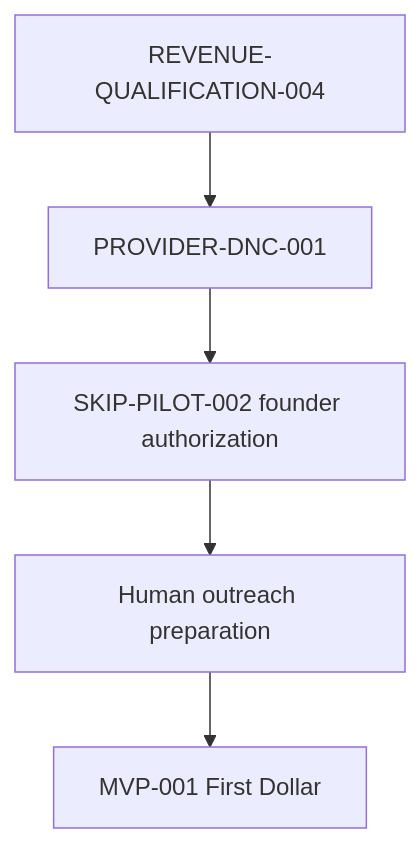
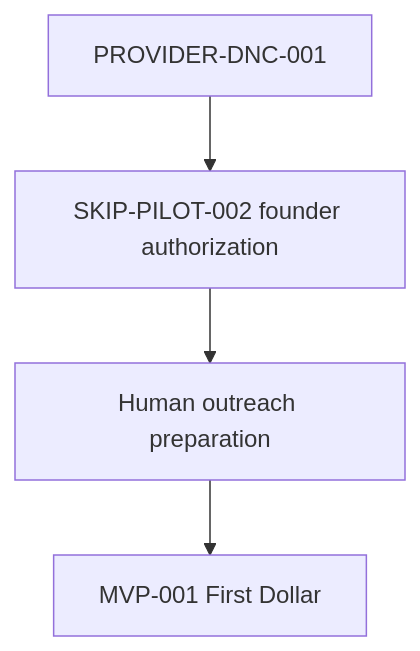
One commit to jaiaFoster/agent-info changed the third of 3 diagrams in PROJECT_PROGRESS.md. Above: the diagram before and after it, drawn with Mermaid. The commit also changed other lines of this file and 7 other files, not shown here.

````diff
--- a/PROJECT_PROGRESS.md
+++ b/PROJECT_PROGRESS.md
@@ -92,8 +93,7 @@
 ```mermaid
 flowchart TD
-    p1[REVENUE-QUALIFICATION-004]
-    p1 --> p2[PROVIDER-DNC-001]
-    p2 --> p3[SKIP-PILOT-002 founder authorization]
-    p3 --> p4[Human outreach preparation]
-    p4 --> p5[MVP-001 First Dollar]
+    p1[PROVIDER-DNC-001]
+    p1 --> p2[SKIP-PILOT-002 founder authorization]
+    p2 --> p3[Human outreach preparation]
+    p3 --> p4[MVP-001 First Dollar]
 ```
````
